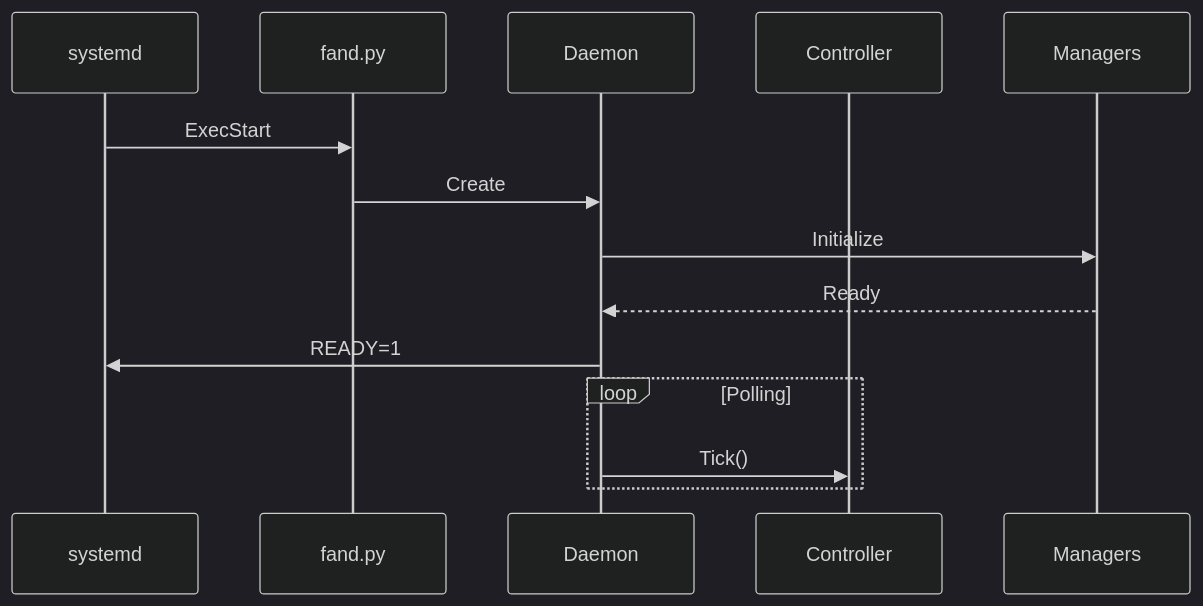
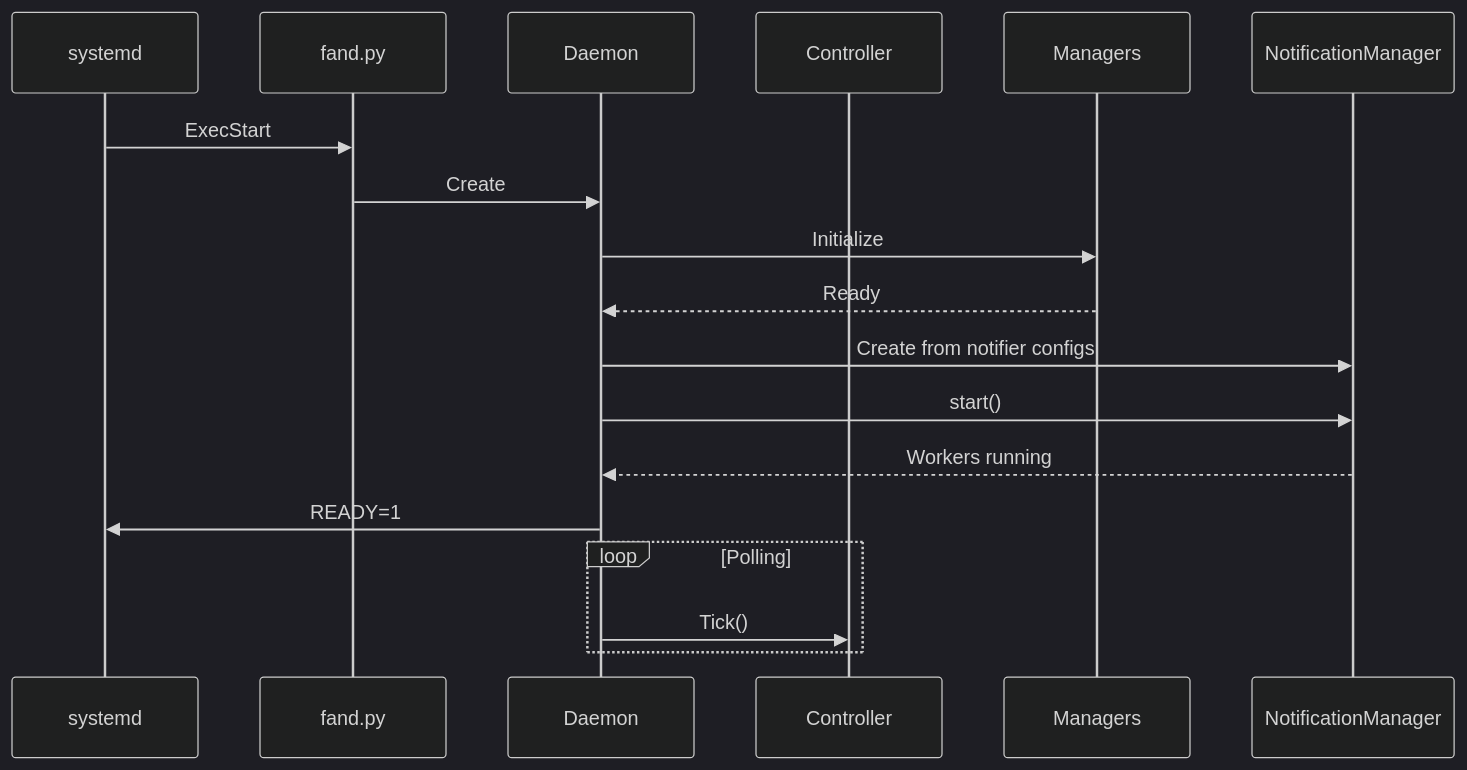
Before and after one commit to rrob1487/fand: the diagram in docs/diagrams/startup.md, drawn with Mermaid (dark theme). The commit also changed 12 other files, not shown here.

````diff
--- a/docs/diagrams/startup.md
+++ b/docs/diagrams/startup.md
@@ -1,25 +1,32 @@
 ```mermaid
 sequenceDiagram
 
 participant systemd
 participant fand.py
 participant Daemon
 participant Controller
 participant Managers
+participant NotificationManager
 
 systemd->>fand.py: ExecStart
 
 fand.py->>Daemon: Create
 
 Daemon->>Managers: Initialize
 
 Managers-->>Daemon: Ready
 
+Daemon->>NotificationManager: Create from notifier configs
+
+Daemon->>NotificationManager: start()
+
+NotificationManager-->>Daemon: Workers running
+
 Daemon->>systemd: READY=1
 
 loop Polling
 
 Daemon->>Controller: Tick()
 
 end
 ```
````
